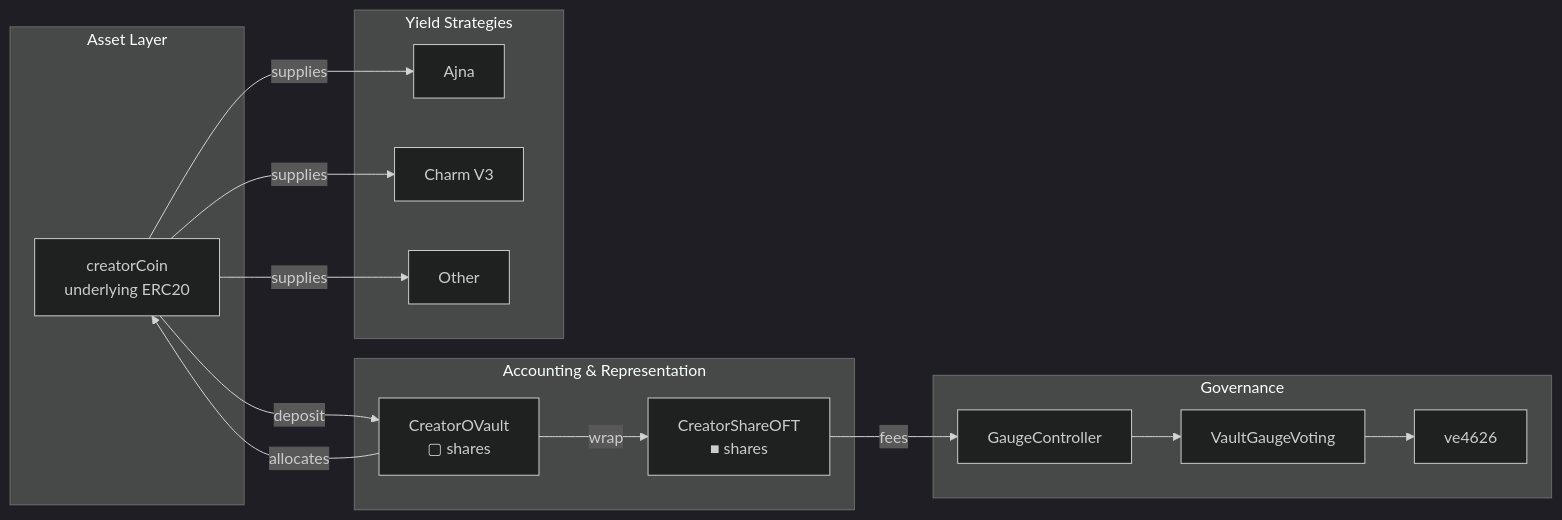
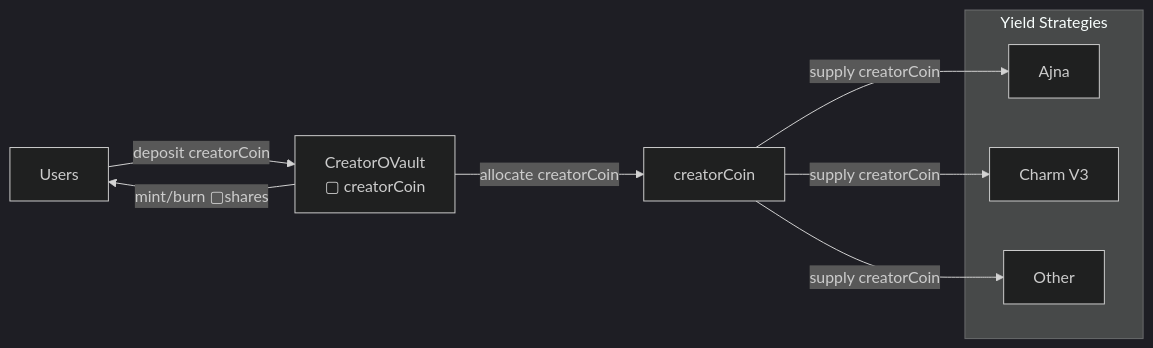
The first of 2 diagrams in docs/overview/architecture.md (4626fun/4626), drawn with Mermaid (dark theme) before and after one commit. The commit also changed other lines of this file and 2 other files, not shown here.

Commit message:
docs: fix misleading asset flow diagrams
Previous diagrams implied:
- Users deposit vault shares (wrong: users deposit creatorCoin)
- Vault "deploys" to strategies (wrong: deployment is administrative)
- Strategies receive from vault (wrong: strategies receive creatorCoin)

Fixed diagrams now show:
- Users deposit creatorCoin, receive ▢shares as accounting receipt
- Vault allocates creatorCoin to strategies
- Strategies only ever receive creatorCoin

Updated files:
- contracts/core/creator-ovault.md: Fixed system role diagram
- overview/architecture.md: Fixed canonical asset flow diagram
- reference/diagram-style-guide.md: Added diagram categories rule

New rule in style guide:
"If a diagram shows ▢[creatorCoin] or ■[creatorCoin] entering
a strategy, the diagram is incorrect."

Added diagram category separation:
- Asset flow (creatorCoin only)
- Accounting & representation (▢/■ tokens)
- Governance & deployment (no assets)

````diff
--- a/docs/overview/architecture.md
+++ b/docs/overview/architecture.md
@@ -16,35 +16,20 @@
 ```mermaid
 flowchart LR
-    subgraph Asset["Asset Layer"]
-        C[creatorCoin<br/>underlying ERC20]
-    end
-
-    subgraph Accounting["Accounting & Representation"]
-        V[CreatorOVault<br/>▢ shares]
-        W[CreatorShareOFT<br/>■ shares]
-    end
+    U[Users]
+    V[CreatorOVault<br/>▢ creatorCoin]
+    C[creatorCoin]
 
     subgraph Strategies["Yield Strategies"]
         A[Ajna]
         CH[Charm V3]
         O[Other]
     end
 
-    subgraph Governance["Governance"]
-        GC[GaugeController]
-        VG[VaultGaugeVoting]
-        VE[ve4626]
-    end
+    U -->|deposit creatorCoin| V
+    V -->|mint/burn ▢shares| U
 
-    C -->|deposit| V
-    V -->|allocates| C
-    C -->|supplies| A
-    C -->|supplies| CH
-    C -->|supplies| O
-
-    V -->|wrap| W
-
-    W -->|fees| GC
-    GC --> VG
-    VG --> VE
+    V -->|allocate creatorCoin| C
+    C -->|supply creatorCoin| A
+    C -->|supply creatorCoin| CH
+    C -->|supply creatorCoin| O
 ```
````
